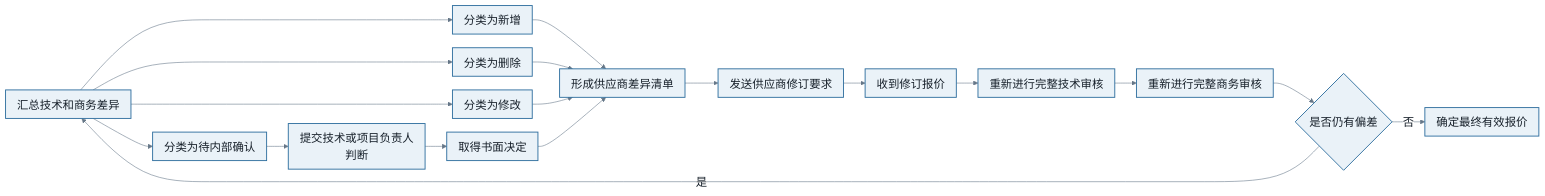
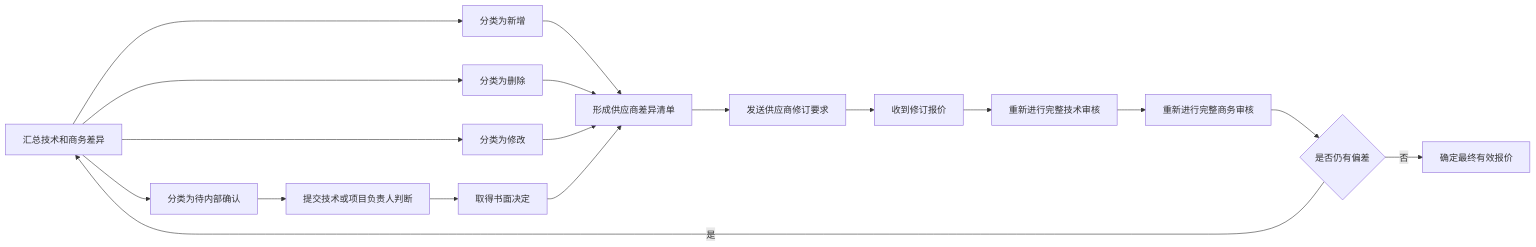
Diagram 12 of 56 in README.md (giengenbw/chassisprocess), drawn with Mermaid before and after one commit. The commit also changed other lines of this file, not shown here.

````diff
--- a/README.md
+++ b/README.md
@@ -431,25 +383,20 @@
 ```mermaid
-%%{init: {'theme':'base','flowchart':{'curve':'basis','nodeSpacing':24,'rankSpacing':38,'padding':10,'htmlLabels':true,'useMaxWidth':true},'themeVariables':{'fontFamily':'Microsoft YaHei, Noto Sans SC, Arial, sans-serif','fontSize':'20px','primaryColor':'#EAF2F8','primaryTextColor':'#17202A','primaryBorderColor':'#2E6E9E','lineColor':'#667788','secondaryColor':'#FFF4D6','tertiaryColor':'#E8F6F3','edgeLabelBackground':'#FFFFFF'}}}%%
-flowchart LR
+graph LR
     A["汇总技术和商务差异"] --> B["分类为新增"]
     A --> C["分类为删除"]
     A --> D["分类为修改"]
     A --> E["分类为待内部确认"]
     E --> F["提交技术或项目负责人判断"]
     F --> G["取得书面决定"]
     B --> H["形成供应商差异清单"]
     C --> H
     D --> H
     G --> H
     H --> I["发送供应商修订要求"]
     I --> J["收到修订报价"]
     J --> K["重新进行完整技术审核"]
     K --> L["重新进行完整商务审核"]
     L --> M{"是否仍有偏差"}
-    M -->|是| A
-    M -->|否| N["确定最终有效报价"]
-    classDef default fill:#EAF2F8,stroke:#2E6E9E,stroke-width:1.6px,color:#17202A,font-size:20px;
-    classDef decision fill:#FFF4D6,stroke:#B8860B,stroke-width:2px,color:#4A3A00,font-size:20px;
-    classDef exception fill:#FCE8E6,stroke:#B3261E,stroke-width:2px,color:#6A1B16,font-size:20px;
-    classDef outcome fill:#E8F6F3,stroke:#16836B,stroke-width:2px,color:#0B5345,font-size:20px;
+    M -- 是 --> A
+    M -- 否 --> N["确定最终有效报价"]
 ```
````
